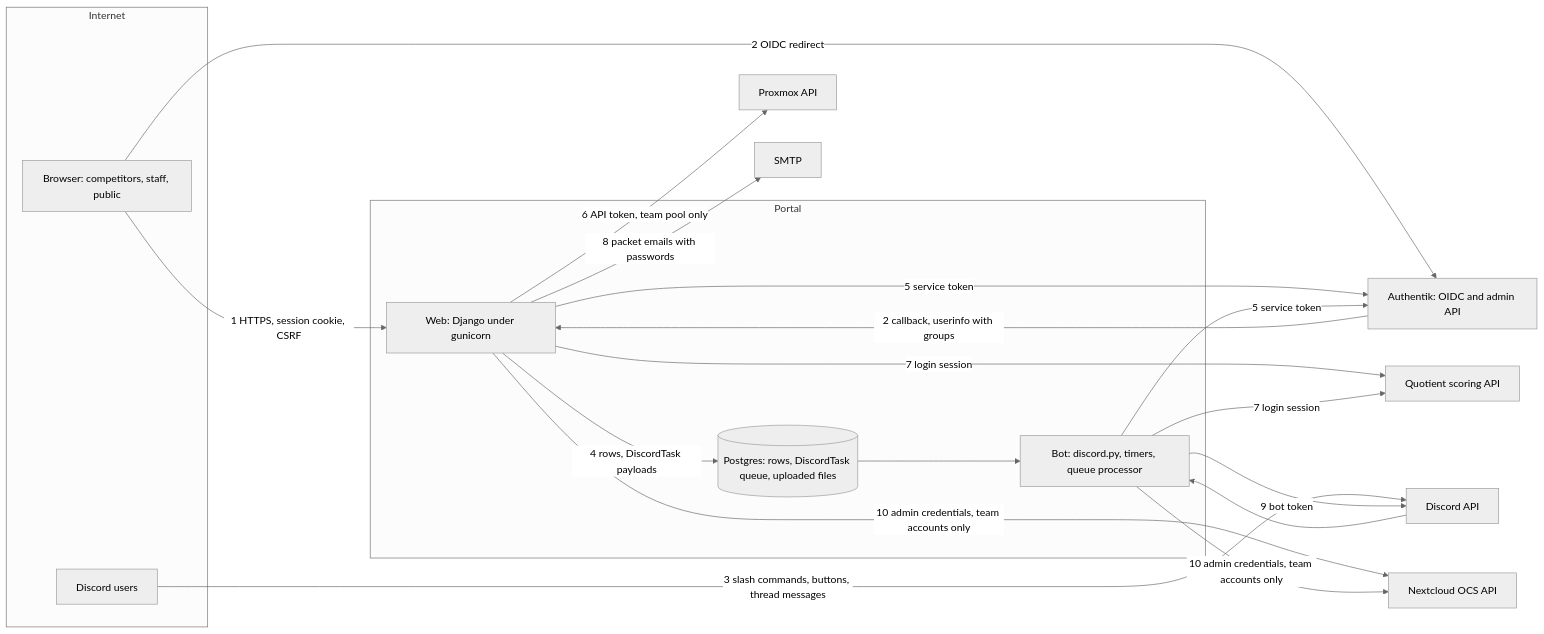
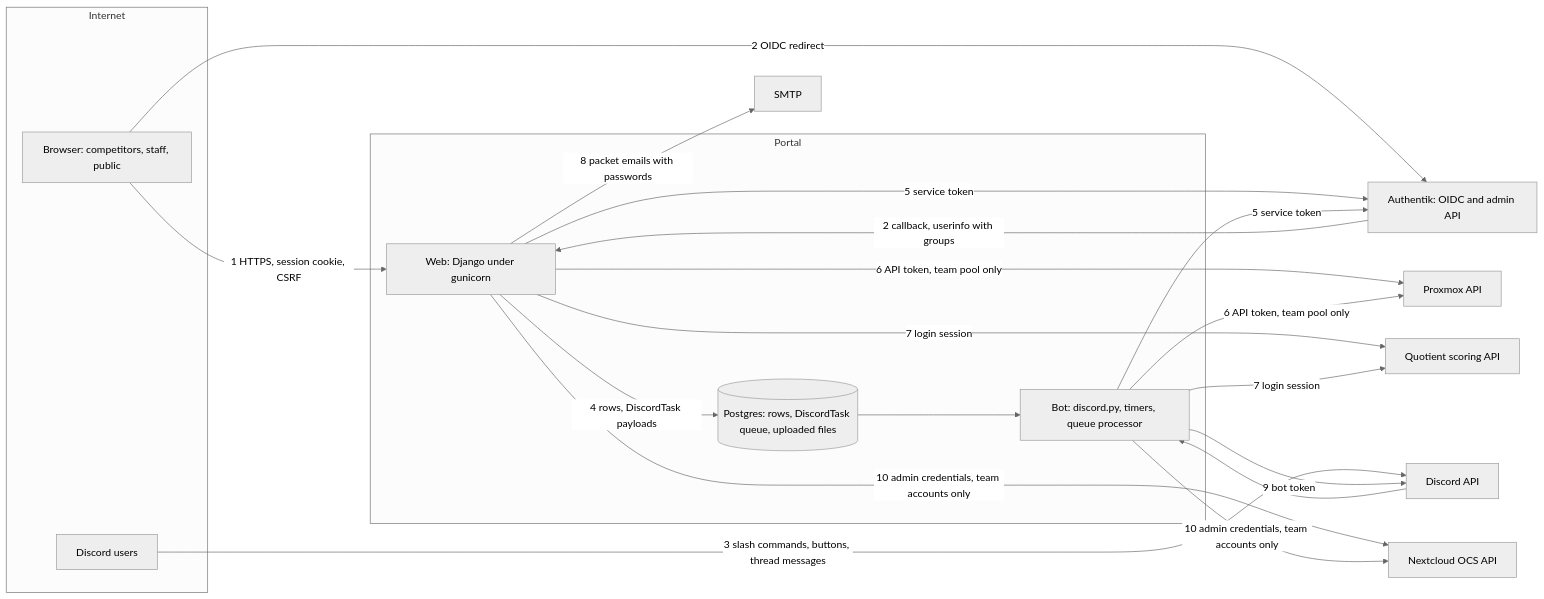
The diagram in THREAT_MODEL.md (wccomps/wccomps-portal), drawn with Mermaid (neutral theme) before and after one commit. The commit also changed 6 other files, not shown here.

````diff
--- a/THREAT_MODEL.md
+++ b/THREAT_MODEL.md
@@ -47,30 +47,30 @@
 ```mermaid
 flowchart LR
     subgraph Internet
         B[Browser: competitors, staff, public]
         D[Discord users]
     end
     subgraph Portal
         W[Web: Django under gunicorn]
         Q[(Postgres: rows, DiscordTask queue, uploaded files)]
         T[Bot: discord.py, timers, queue processor]
     end
     A[Authentik: OIDC and admin API]
     P[Proxmox API]
     S[Quotient scoring API]
     N[Nextcloud OCS API]
     M[SMTP]
     G[Discord API]
     B -- "1 HTTPS, session cookie, CSRF" --> W
     B -- "2 OIDC redirect" --> A
     A -- "2 callback, userinfo with groups" --> W
     D -- "3 slash commands, buttons, thread messages" --> G --> T
     W -- "4 rows, DiscordTask payloads" --> Q
     Q --> T
     W & T -- "5 service token" --> A
-    W -- "6 API token, team pool only" --> P
+    W & T -- "6 API token, team pool only" --> P
     W & T -- "7 login session" --> S
     W -- "8 packet emails with passwords" --> M
     T -- "9 bot token" --> G
     W & T -- "10 admin credentials, team accounts only" --> N
 ```
````
